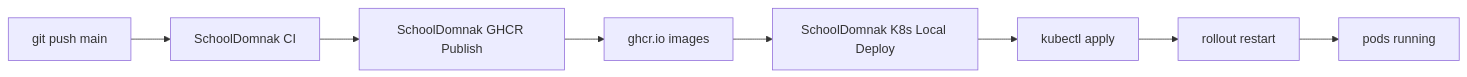
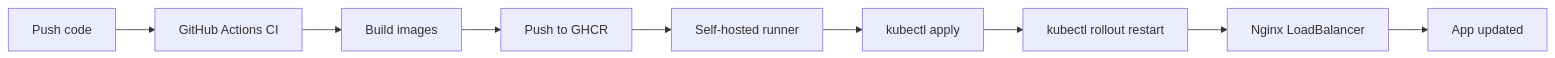
One commit to Kimheang-code-IT/School-domnak changed the diagram in README.md. Above: the diagram before and after it, drawn with Mermaid. The commit also changed other lines of this file and 11 other files, not shown here.

Commit message:
Harden K8s manifests, nginx routes, deploy workflow, and runner install script

````diff
--- a/README.md
+++ b/README.md
@@ -11,10 +11,11 @@
 ```mermaid
 flowchart LR
-    A[git push main] --> B[SchoolDomnak CI]
-    B --> C[SchoolDomnak GHCR Publish]
-    C --> D[ghcr.io images]
-    D --> E[SchoolDomnak K8s Local Deploy]
+    A[Push code] --> B[GitHub Actions CI]
+    B --> C[Build images]
+    C --> D[Push to GHCR]
+    D --> E[Self-hosted runner]
     E --> F[kubectl apply]
-    F --> G[rollout restart]
-    G --> H[pods running]
+    F --> G[kubectl rollout restart]
+    G --> H[Nginx LoadBalancer]
+    H --> I[App updated]
 ```
````
